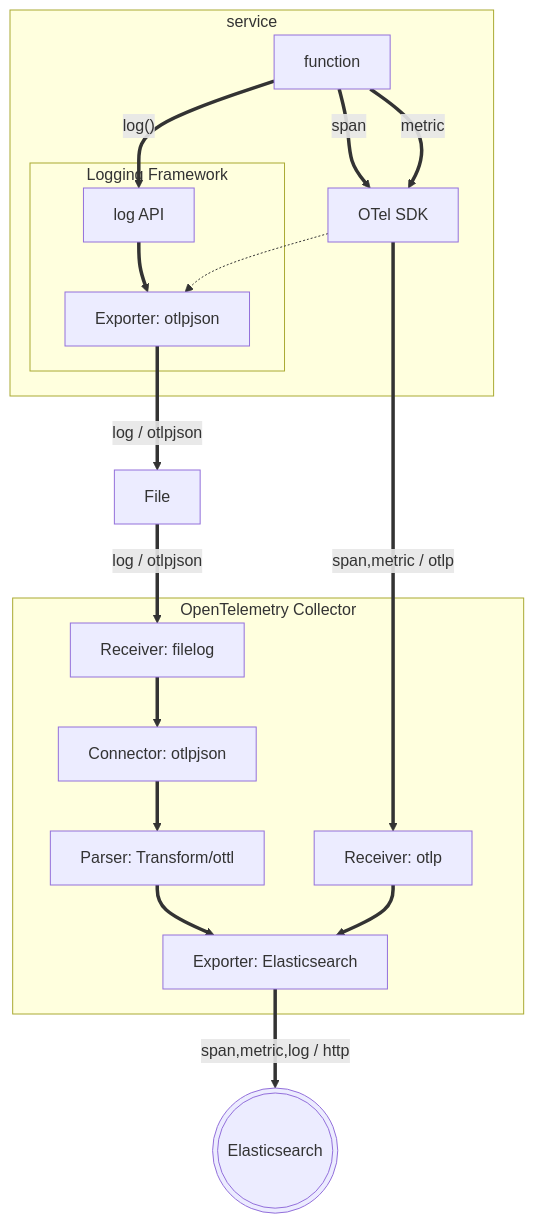
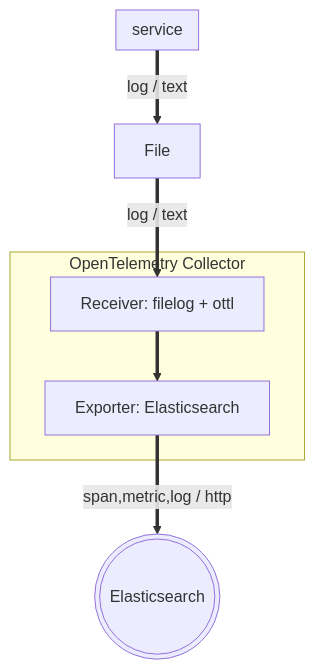
The diagram in instruqt/tracks/o11y--course--field--200-otel-logs--main/diagrams/method2.mmd (ty-elastic/instruqt_o11y--course--field--200-otel-logs--main), drawn with Mermaid before and after one commit. The commit also changed 5 other files, not shown here.

```diff
--- a/instruqt/tracks/o11y--course--field--200-otel-logs--main/diagrams/method2.mmd
+++ b/instruqt/tracks/o11y--course--field--200-otel-logs--main/diagrams/method2.mmd
@@ -1,31 +1,14 @@
 flowchart TB
     subgraph Collector[OpenTelemetry Collector]
-        OTLPRecv[Receiver: otlp]
-        FileRecv[Receiver: filelog]
-        Processor[Parser: Transform/ottl]
+        FileRecv[Receiver: filelog + ottl]
         ElasticExporter[Exporter: Elasticsearch]
-        OtlpJsonConnector[Connector: otlpjson]
-        FileRecv ==> OtlpJsonConnector
-        OtlpJsonConnector ==> Processor ==> ElasticExporter
-        OTLPRecv ==> ElasticExporter
+        FileRecv ==> ElasticExporter
     end
 
-    OtlpJsonExporter == "log / otlpjson" ==> File
-    File == "log / otlpjson" ==> FileRecv
+    Service1 == "log / text" ==> File
+    File == "log / text" ==> FileRecv
 
     subgraph Service1[service]
-        subgraph LoggingFramework[Logging Framework]
-            LAPI[log API]
-            LAPI ==> OtlpJsonExporter[Exporter: otlpjson]
-        end
-        
-        OTELSDK[OTel SDK]
-        OTELSDK -.-> OtlpJsonExporter
-        func[function] == "log()" ==> LAPI
-        func == "span" ==> OTELSDK
-        func == "metric" ==> OTELSDK
-
-        OTELSDK == "span,metric / otlp" ==> OTLPRecv
     end
 
     ElasticExporter == "span,metric,log / http" ==> nodeId(((Elasticsearch)))
```
